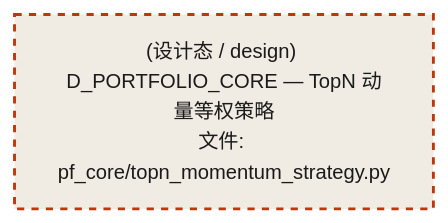
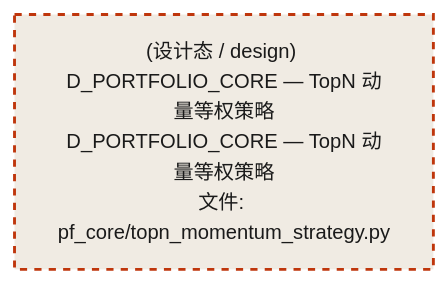
One commit to xuanFelixVan/ZephyrAlpha changed the third of 4 diagrams in docs/02_enterprise_architecture/02_domain_architecture_docs/63_d_pf_core.md. Above: the diagram before and after it, drawn with Mermaid. The commit also changed other lines of this file and 80 other files, not shown here.

````diff
--- a/docs/02_enterprise_architecture/02_domain_architecture_docs/63_d_pf_core.md
+++ b/docs/02_enterprise_architecture/02_domain_architecture_docs/63_d_pf_core.md
@@ -209,10 +211,10 @@
 ```mermaid
 %%{init: {'theme': 'base', 'themeVariables': {'primaryColor': '#eaeaea', 'primaryTextColor': '#333333', 'primaryBorderColor': '#666666', 'lineColor': '#666666', 'secondaryColor': '#eaeaea', 'tertiaryColor': '#eaeaea', 'fontSize': '14px'}}}%%
 flowchart TD
-    src_zephyr_pf_core_topn_momentum_strategy_py["(设计态 / design) D_PORTFOLIO_CORE — TopN 动量等权策略<br/>文件: pf_core/topn_momentum_strategy.py"]
+    src_zephyr_pf_core_topn_momentum_strategy_py["(设计态 / design) D_PORTFOLIO_CORE — TopN 动量等权策略<br/>D_PORTFOLIO_CORE — TopN 动量等权策略<br/>文件: pf_core/topn_momentum_strategy.py"]
     classDef production fill:#e8edf2,stroke:#0277bd,stroke-width:2px,color:#1a1a1a
     classDef design fill:#f0ebe3,stroke:#bf360c,stroke-width:2px,color:#1a1a1a,stroke-dasharray: 5 5
     classDef external_prod fill:#e8efe9,stroke:#1b5e20,stroke-width:1px,color:#1a1a1a
     classDef external_design fill:#efe5ea,stroke:#880e4f,stroke-width:1px,color:#1a1a1a,stroke-dasharray: 5 5
     class src_zephyr_pf_core_topn_momentum_strategy_py design
 ```
````
